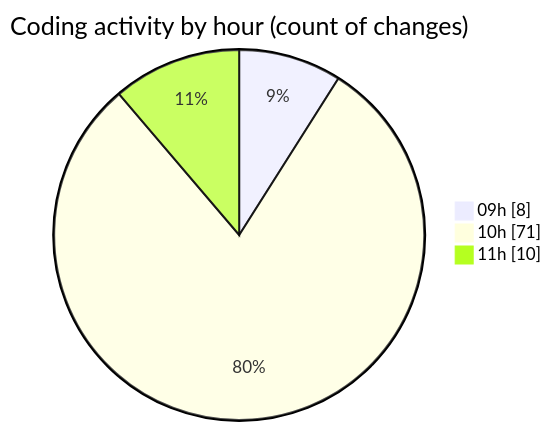
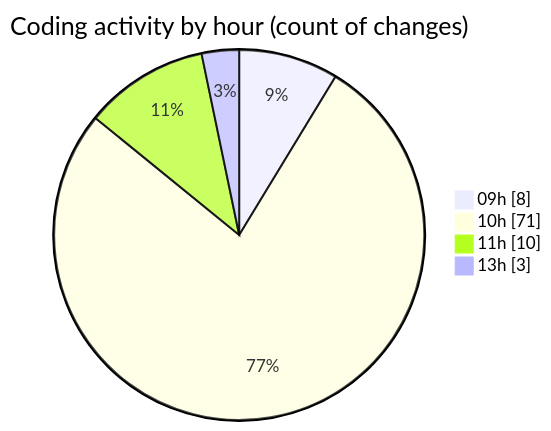
Before and after one commit to CELIANVF/code-tracking: the second of 2 diagrams in 2025-06-03/ecodeli-1/README.md, drawn with Mermaid. The commit also changed other lines of this file and 1 other file, not shown here.

````diff
--- a/2025-06-03/ecodeli-1/README.md
+++ b/2025-06-03/ecodeli-1/README.md
@@ -65,7 +65,8 @@
 ```mermaid
 pie showData
 title Coding activity by hour (count of changes)
 "09h" : 8
 "10h" : 71
 "11h" : 10
+"13h" : 3
 ```
````
